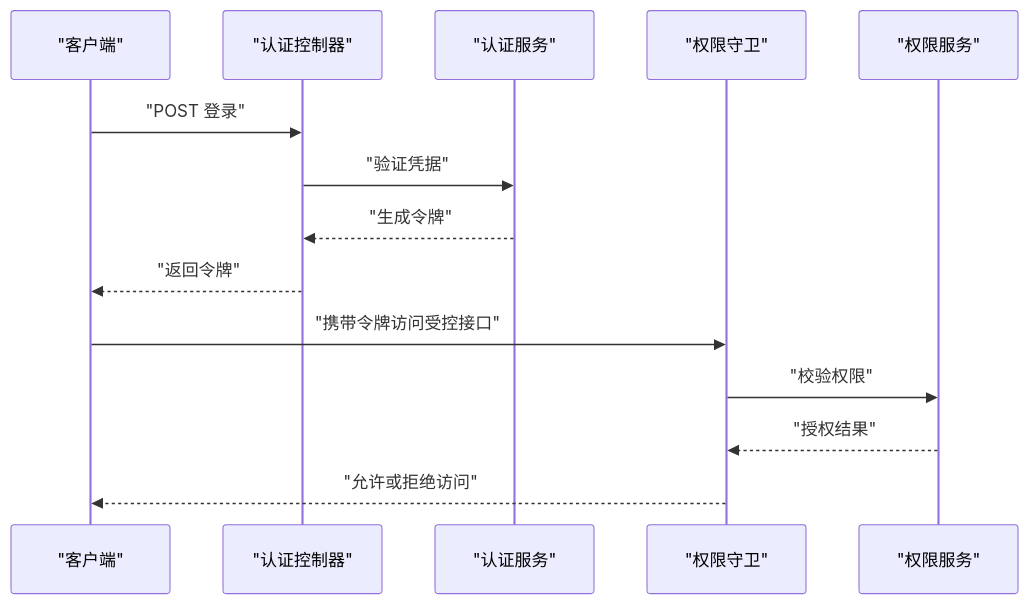
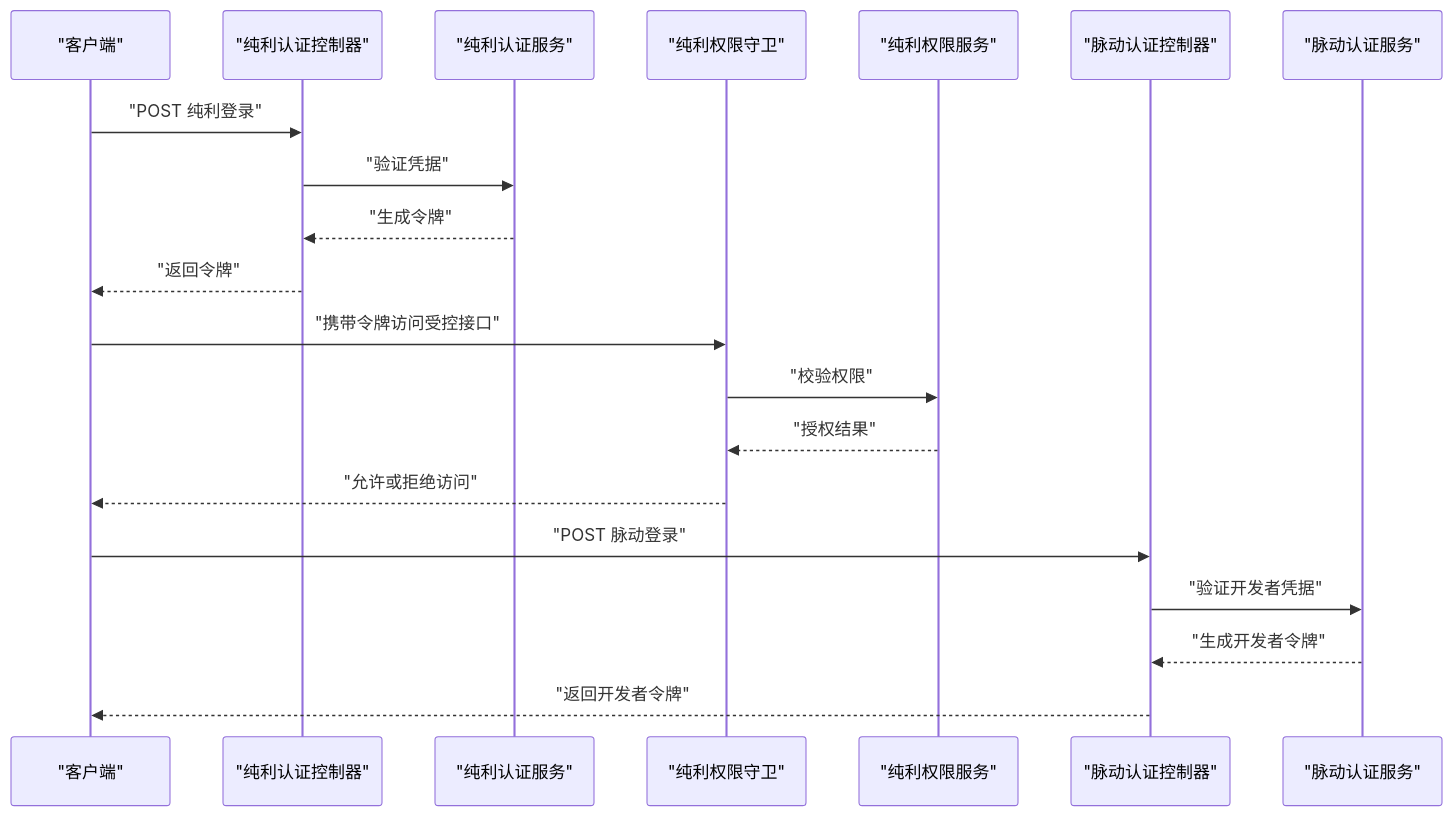
Diagram 12 of 14 in .qoder/repowiki/zh/content/业务模块/业务模块.md (rc558620/purelyprofit-server), drawn with Mermaid before and after one commit. The commit also changed other lines of this file and 26 other files, not shown here.

````diff
--- a/.qoder/repowiki/zh/content/业务模块/业务模块.md
+++ b/.qoder/repowiki/zh/content/业务模块/业务模块.md
@@ -772,16 +764,22 @@
 ```mermaid
 sequenceDiagram
 participant C as "客户端"
-participant AC as "认证控制器"
-participant AS as "认证服务"
-participant AG as "权限守卫"
-participant ACS as "权限服务"
-C->>AC : "POST 登录"
-AC->>AS : "验证凭据"
-AS-->>AC : "生成令牌"
-AC-->>C : "返回令牌"
-C->>AG : "携带令牌访问受控接口"
-AG->>ACS : "校验权限"
-ACS-->>AG : "授权结果"
-AG-->>C : "允许或拒绝访问"
+participant PAC as "纯利认证控制器"
+participant PAS as "纯利认证服务"
+participant PAG as "纯利权限守卫"
+participant PASvc as "纯利权限服务"
+participant PAClub as "脉动认证控制器"
+participant PASvc2 as "脉动认证服务"
+C->>PAC : "POST 纯利登录"
+PAC->>PAS : "验证凭据"
+PAS-->>PAC : "生成令牌"
+PAC-->>C : "返回令牌"
+C->>PAG : "携带令牌访问受控接口"
+PAG->>PASvc : "校验权限"
+PASvc-->>PAG : "授权结果"
+PAG-->>C : "允许或拒绝访问"
+C->>PAClub : "POST 脉动登录"
+PAClub->>PASvc2 : "验证开发者凭据"
+PASvc2-->>PAClub : "生成开发者令牌"
+PAClub-->>C : "返回开发者令牌"
 ```
````
